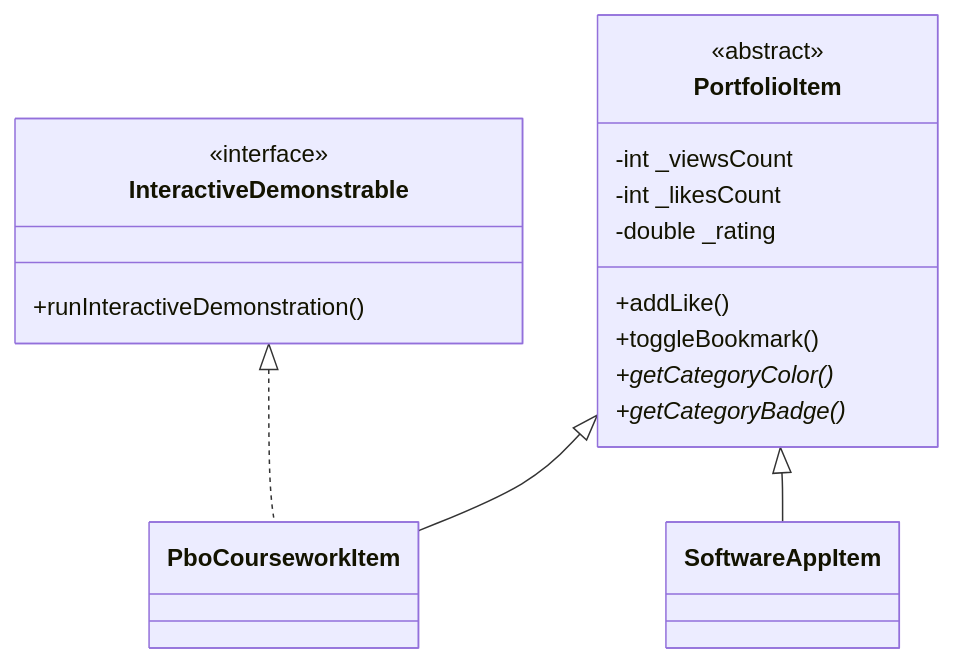
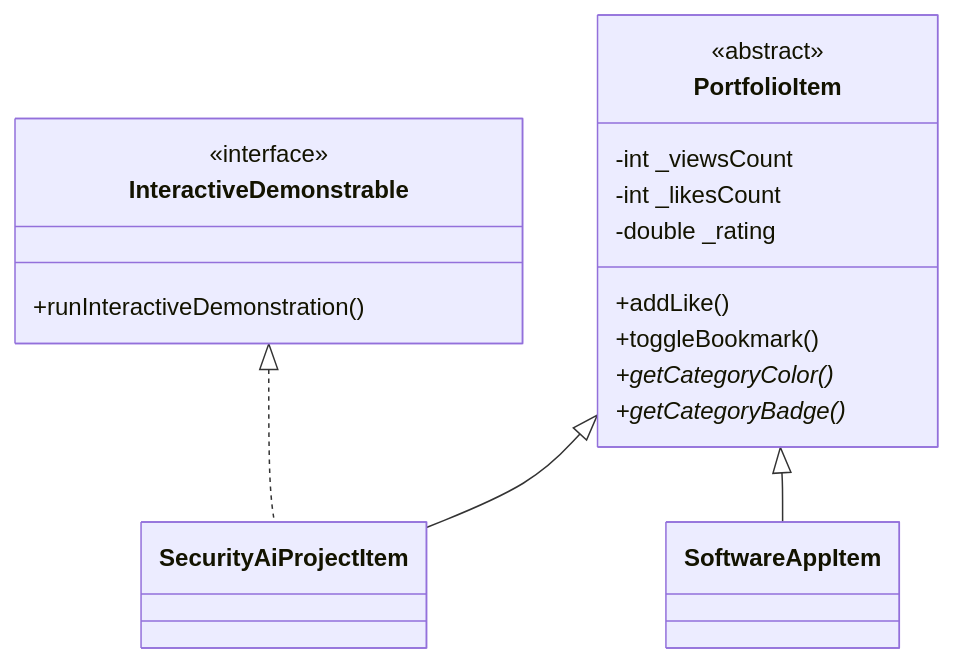
The third of 3 diagrams in README.md (wsaktih/pbpflutter), drawn with Mermaid before and after one commit. The commit also changed other lines of this file and 11 other files, not shown here.

````diff
--- a/README.md
+++ b/README.md
@@ -293,20 +293,20 @@
 ```mermaid
 classDiagram
     class PortfolioItem {
         <<abstract>>
         -int _viewsCount
         -int _likesCount
         -double _rating
         +addLike()
         +toggleBookmark()
         +getCategoryColor()*
         +getCategoryBadge()*
     }
     class InteractiveDemonstrable {
         <<interface>>
         +runInteractiveDemonstration()
     }
-    PortfolioItem <|-- PboCourseworkItem
+    PortfolioItem <|-- SecurityAiProjectItem
     PortfolioItem <|-- SoftwareAppItem
-    InteractiveDemonstrable <|.. PboCourseworkItem
+    InteractiveDemonstrable <|.. SecurityAiProjectItem
 ```
````
